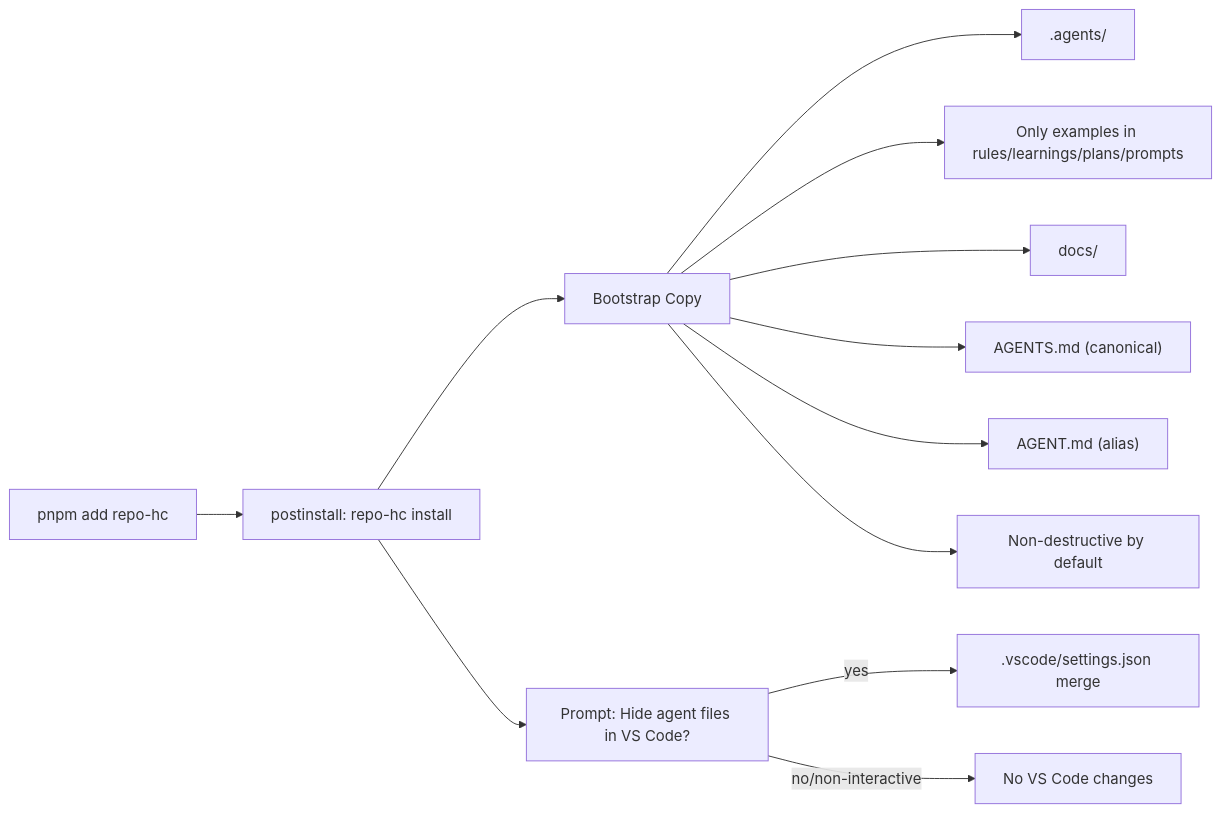
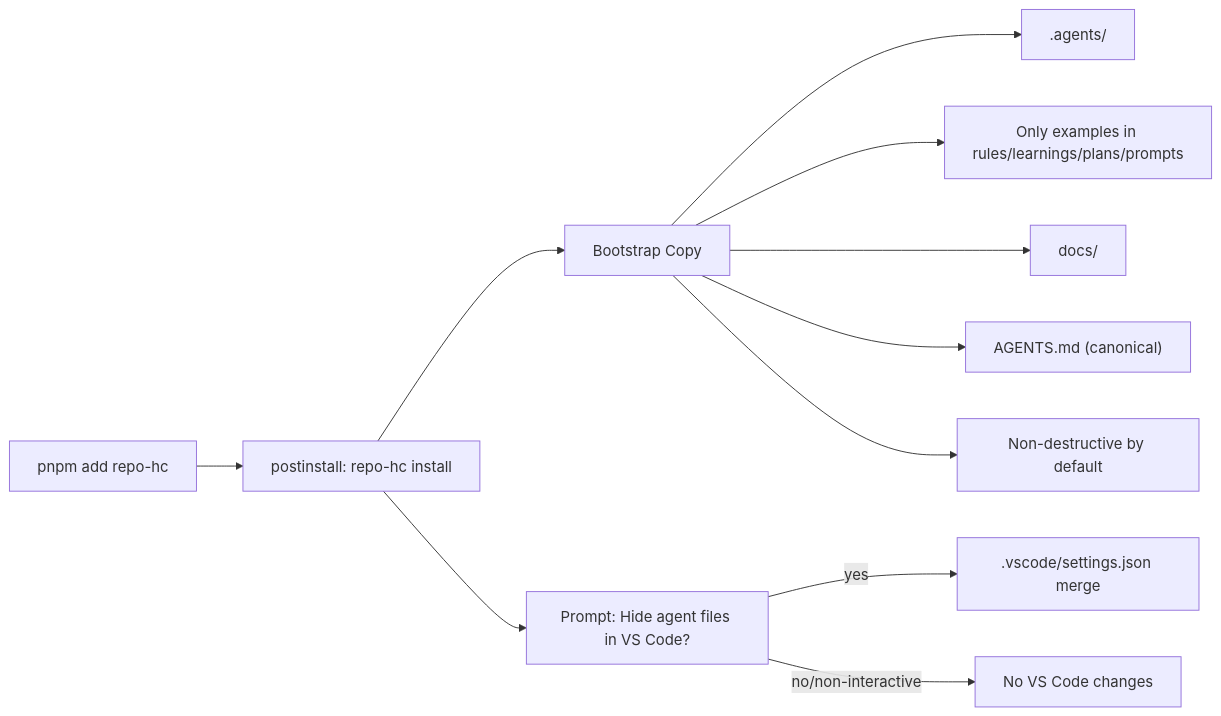
Before and after one commit to charleanpoor507/repo-hc: the third of 3 diagrams in docs/mermaid/housekeeping-architecture.md, drawn with Mermaid. The commit also changed 16 other files, not shown here.

Commit message:
chore: remove legacy AGENT alias references

````diff
--- a/docs/mermaid/housekeeping-architecture.md
+++ b/docs/mermaid/housekeeping-architecture.md
@@ -39,14 +39,13 @@
 ```mermaid
 flowchart LR
   ADD["pnpm add repo-hc"] --> POSTINSTALL["postinstall: repo-hc install"]
   POSTINSTALL --> COPY["Bootstrap Copy"]
   POSTINSTALL --> PROMPT["Prompt: Hide agent files in VS Code?"]
   COPY --> AGENTS[".agents/"]
   COPY --> EXAMPLES["Only examples in rules/learnings/plans/prompts"]
   COPY --> DOCS["docs/"]
   COPY --> AGENTSFILE["AGENTS.md (canonical)"]
-  COPY --> AGENT["AGENT.md (alias)"]
   COPY --> SAFE["Non-destructive by default"]
   PROMPT -->|yes| VSCODE[".vscode/settings.json merge"]
   PROMPT -->|no/non-interactive| SKIP["No VS Code changes"]
 ```
````
